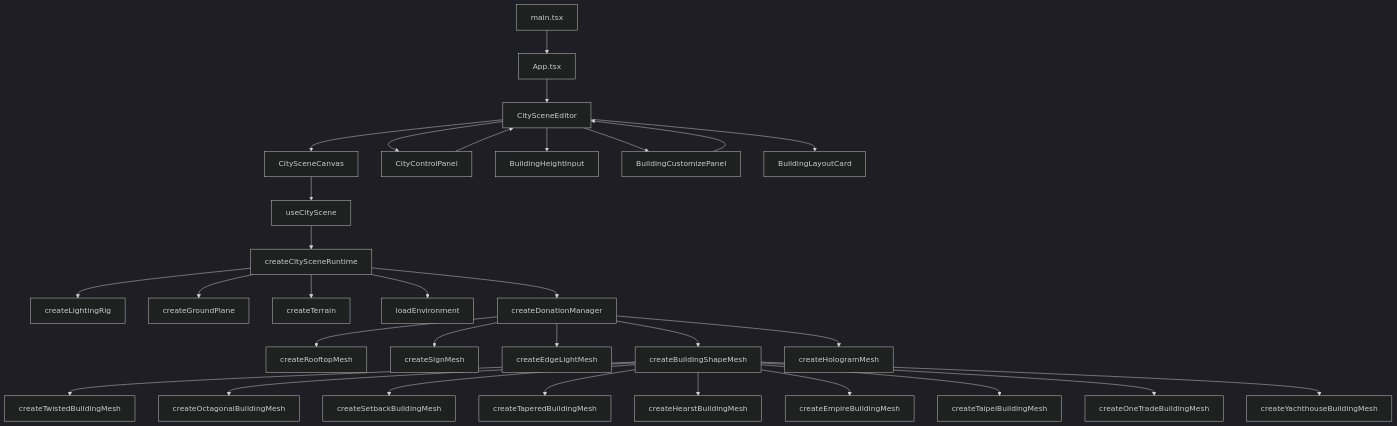
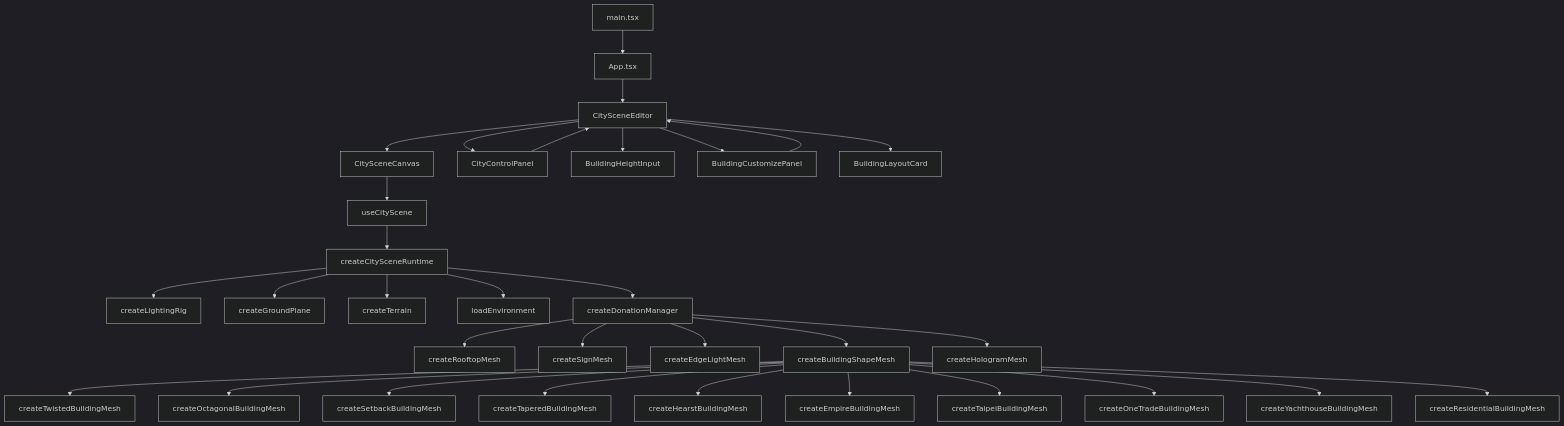
Before and after one commit to RaeII/cidoa: the first of 2 diagrams in doc/index.md, drawn with Mermaid (dark theme). The commit also changed other lines of this file and 13 other files, not shown here.

````diff
--- a/doc/index.md
+++ b/doc/index.md
@@ -286,33 +287,34 @@
 ```mermaid
 flowchart TD
     A[main.tsx] --> B[App.tsx]
     B --> C[CitySceneEditor]
     C --> D[CitySceneCanvas]
     C --> E[CityControlPanel]
     C --> F[BuildingHeightInput]
     C --> P[BuildingCustomizePanel]
     C --> BL[BuildingLayoutCard]
     D --> G[useCityScene]
     G --> H[createCitySceneRuntime]
     H --> I[createLightingRig]
     H --> J[createGroundPlane]
     H --> TR[createTerrain]
     H --> L[loadEnvironment]
     H --> M[createDonationManager]
     M --> N[createRooftopMesh]
     M --> O[createSignMesh]
     M --> Q[createEdgeLightMesh]
     M --> BS[createBuildingShapeMesh]
     BS --> T[createTwistedBuildingMesh]
     BS --> U[createOctagonalBuildingMesh]
     BS --> V[createSetbackBuildingMesh]
     BS --> W[createTaperedBuildingMesh]
     BS --> X[createHearstBuildingMesh]
     BS --> Y[createEmpireBuildingMesh]
     BS --> Z[createTaipeiBuildingMesh]
     BS --> OT[createOneTradeBuildingMesh]
     BS --> YC[createYachthouseBuildingMesh]
+    BS --> RS[createResidentialBuildingMesh]
     M --> HG[createHologramMesh]
     E --> C
     P --> C
 ```
````
